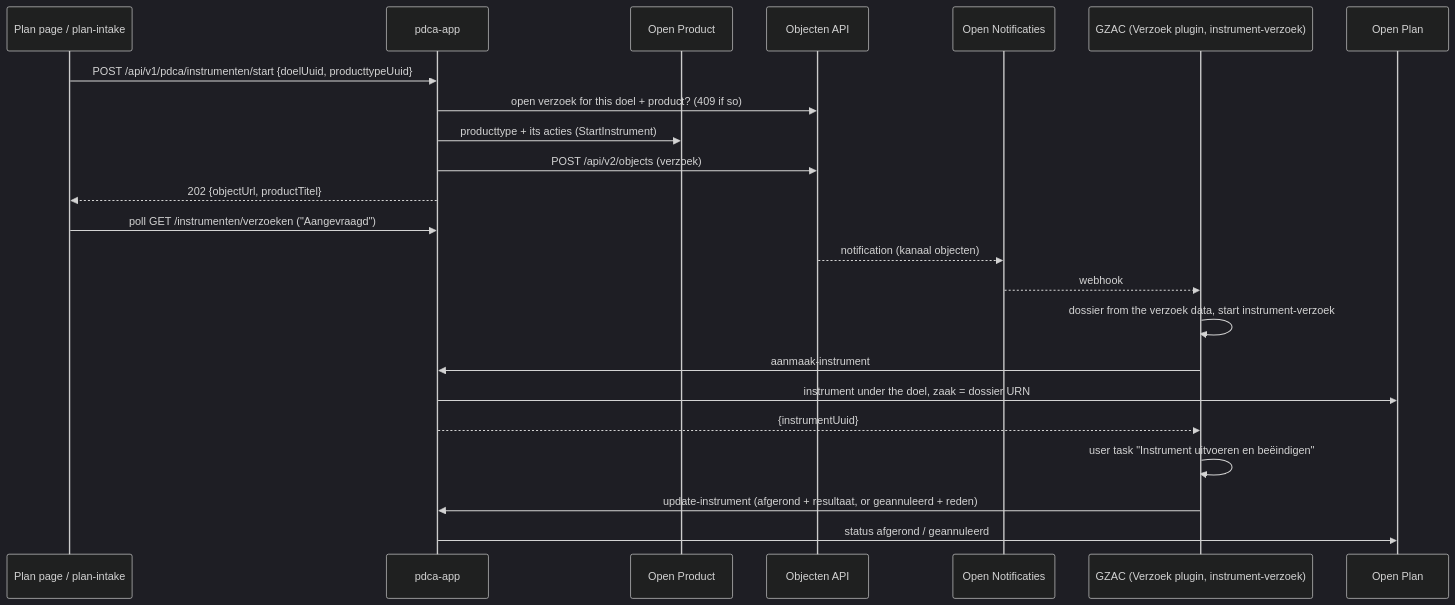
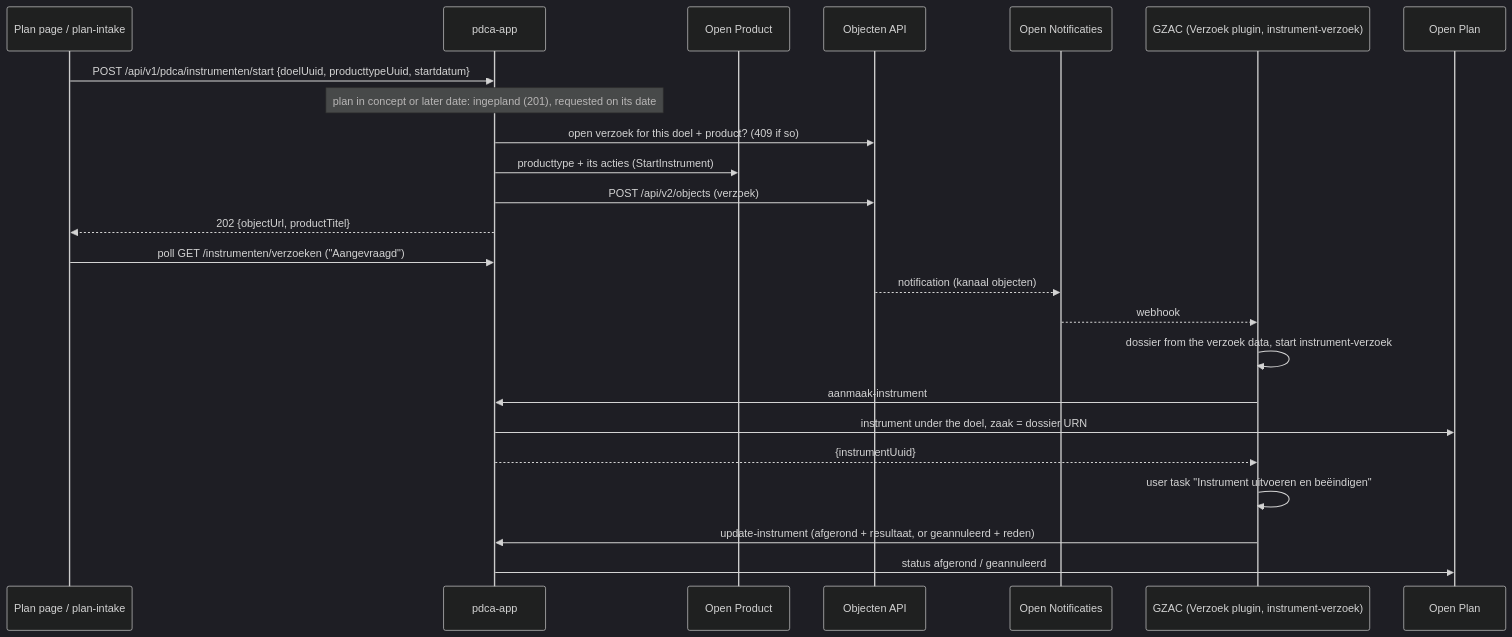
One commit to ritense/pdca-service changed the second of 5 diagrams in ARCHITECTURE.md. Above: the diagram before and after it, drawn with Mermaid (dark theme). The commit also changed other lines of this file and 60 other files, not shown here.

````diff
--- a/ARCHITECTURE.md
+++ b/ARCHITECTURE.md
@@ -691,26 +702,27 @@
 ```mermaid
 sequenceDiagram
     participant UI as Plan page / plan-intake
     participant APP as pdca-app
     participant OP as Open Product
     participant OBJ as Objecten API
     participant N as Open Notificaties
     participant G as GZAC (Verzoek plugin, instrument-verzoek)
     participant PL as Open Plan
 
-    UI->>APP: POST /api/v1/pdca/instrumenten/start {doelUuid, producttypeUuid}
+    UI->>APP: POST /api/v1/pdca/instrumenten/start {doelUuid, producttypeUuid, startdatum}
+    Note over APP: plan in concept or later date: ingepland (201), requested on its date
     APP->>OBJ: open verzoek for this doel + product? (409 if so)
     APP->>OP: producttype + its acties (StartInstrument)
     APP->>OBJ: POST /api/v2/objects (verzoek)
     APP-->>UI: 202 {objectUrl, productTitel}
     UI->>APP: poll GET /instrumenten/verzoeken ("Aangevraagd")
     OBJ-->>N: notification (kanaal objecten)
     N-->>G: webhook
     G->>G: dossier from the verzoek data, start instrument-verzoek
     G->>APP: aanmaak-instrument
     APP->>PL: instrument under the doel, zaak = dossier URN
     APP-->>G: {instrumentUuid}
     G->>G: user task "Instrument uitvoeren en beëindigen"
     G->>APP: update-instrument (afgerond + resultaat, or geannuleerd + reden)
     APP->>PL: status afgerond / geannuleerd
 ```
````
